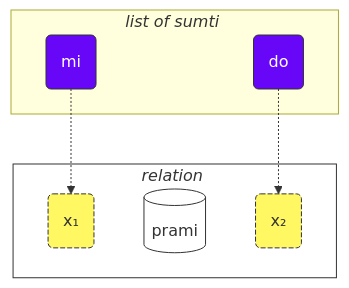
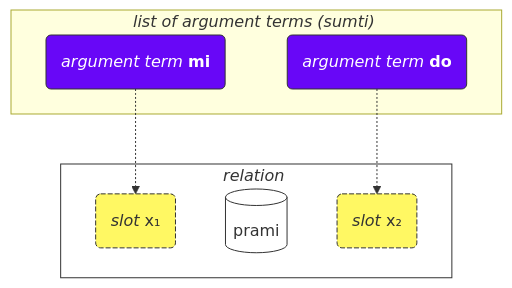
The first of 3 diagrams in data/pages/es/books/learn-lojban.md (La-Lojban/lojban.pw), drawn with Mermaid before and after one commit. The commit also changed other lines of this file, not shown here.

````diff
--- a/data/pages/es/books/learn-lojban.md
+++ b/data/pages/es/books/learn-lojban.md
@@ -2527,29 +2255,29 @@
 ```mermaid
 flowchart TB
     %%common settings
     subgraph bridi["<i>relation</i>#nbsp;"]
-        x1("x#8321;")
+        x1("<i>slot</i> x#8321;")
         selbri
-        x2("x#8322;")
+        x2("<i>slot</i> x#8322;")
     end
-    subgraph sumti["<i>list of sumti</i>#nbsp;"]
+    subgraph sumti["<i>list of argument terms (sumti)</i>#nbsp;"]
         s1-.->x1
         s2-.->x2
     end
     classDef s fill:#6807F7,stroke:#333,stroke-width:1px,color:#fff;
     class s1 s;
     class s2 s;
     classDef x fill:#FFF863,stroke:#333,stroke-width:1px,stroke-dasharray: 5 2;
     class x1 x;
     class x2 x;
     classDef blabi fill:#fff,stroke:#333;
     class selbri blabi;
     class bridi blabi;
 
     %% input your sumti:
-    s1(mi)
-    s2(do)
+    s1("<i>argument term</i> <b>mi</b>")
+    s2("<i>argument term</i> <b>do</b>")
     %% input your selbri
     selbri[(prami)]
 
 ```
````
